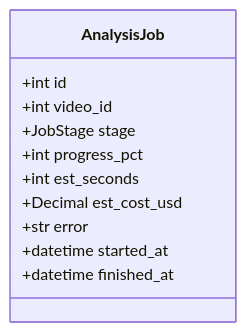
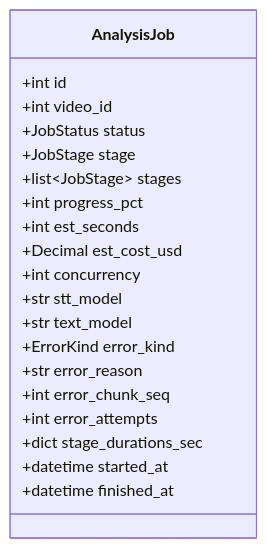
Before and after one commit to HoyoungParkme/video-agent: the second of 18 diagrams in docs/specs/06-DOM/VA-DOM-002.md, drawn with Mermaid. The commit also changed other lines of this file, not shown here.

````diff
--- a/docs/specs/06-DOM/VA-DOM-002.md
+++ b/docs/specs/06-DOM/VA-DOM-002.md
@@ -129,14 +208,23 @@
 ```mermaid
 classDiagram
     class AnalysisJob {
         +int id
         +int video_id
+        +JobStatus status
         +JobStage stage
+        +list~JobStage~ stages
         +int progress_pct
         +int est_seconds
         +Decimal est_cost_usd
-        +str error
+        +int concurrency
+        +str stt_model
+        +str text_model
+        +ErrorKind error_kind
+        +str error_reason
+        +int error_chunk_seq
+        +int error_attempts
+        +dict stage_durations_sec
         +datetime started_at
         +datetime finished_at
     }
 ```
````
